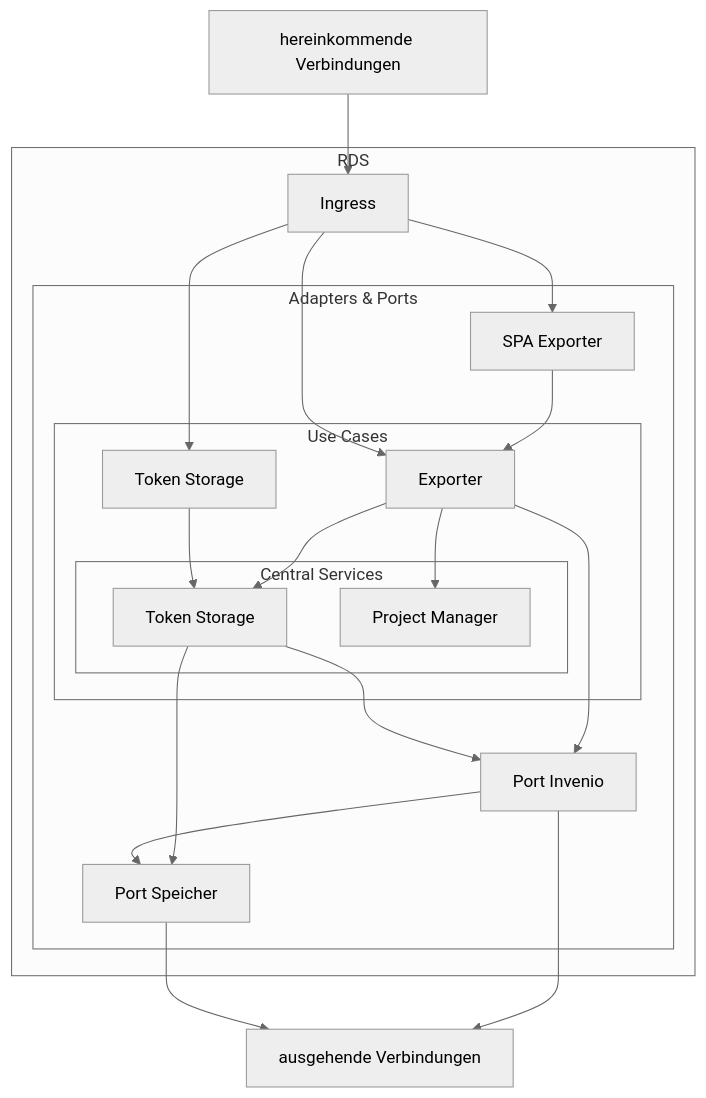
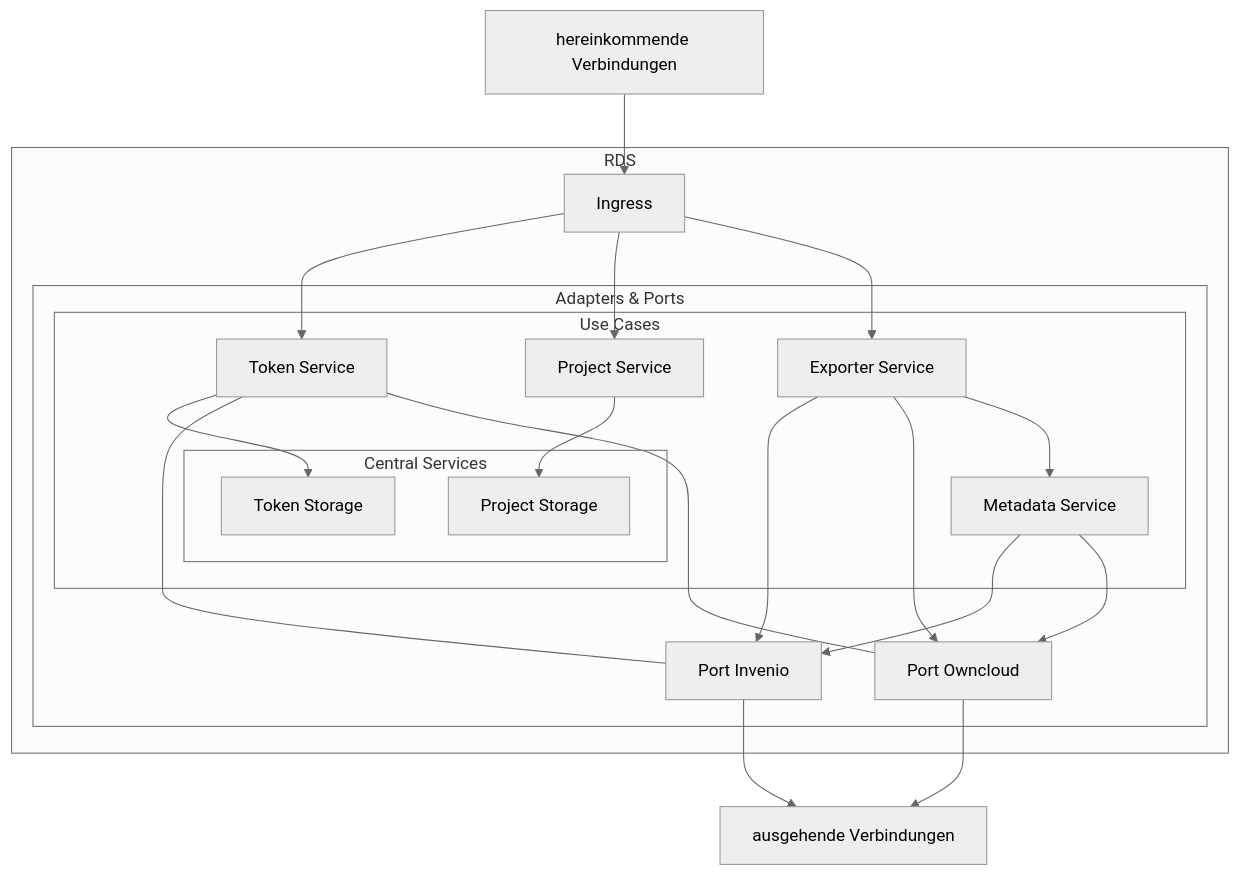
One commit to Sciebo-RDS/Sciebo-RDS changed the diagram in docs/content/doc/arc42/ecosystem.de.md. Above: the diagram before and after it, drawn with Mermaid (neutral theme). The commit also changed other lines of this file and 5 other files, not shown here.

Commit message:
updates mermaid and ecosystem

````diff
--- a/docs/content/doc/arc42/ecosystem.de.md
+++ b/docs/content/doc/arc42/ecosystem.de.md
@@ -15,62 +16,61 @@
 ```mermaid
 graph TD;
   %% define nodes
 
   WWWI[hereinkommende Verbindungen]
 
   subgraph RDS
     Ingress
 
     subgraph Adapters & Ports
-      SPAEx[SPA Exporter]
+      %% SPAEx[SPA Exporter]
       %% SPATS[SPA Token Storage]
 
       PInvenio[Port Invenio]
-      PStorage[Port Speicher]
+      POwncloud[Port Owncloud]
 
       subgraph Use Cases
-        UCEx[Exporter]
-        UCTS[Token Storage]
+        UCExporter[Exporter Service]
+        UCToken[Token Service]
+        UCMetadata[Metadata Service]
+        UCProject[Project Service]
 
         subgraph Central Services
-          CSTS[Token Storage]
-          CSPM[Project Manager]
+          CSToken[Token Storage]
+          CSProject[Project Storage]
         end
       end
     end
   end
 
-
-
   WWWO[ausgehende Verbindungen]
 
-  click SPAEx "/sciebo-rds/de/doc/impl/adapters/spa-exporter/"
-  click SPATS "/sciebo-rds/de/doc/impl/adapters/spa-token-storage"
-  click UCEx "/sciebo-rds/de/doc/impl/use-cases/exporter"
-  click CSTS "/sciebo-rds/de/doc/impl/central/token-storage"
-  click CSPM "/sciebo-rds/de/doc/impl/central/project-manager"
-  click PInvenio "/sciebo-rds/de/doc/impl/ports/port-invenio"
-  click PStorage "/sciebo-rds/de/doc/impl/ports/port-storage"
+  click SPAEx "/de/doc/impl/adapters/spa-exporter/"
+  click SPATS "/de/doc/impl/adapters/spa-token-storage"
+  click UCExporter "/de/doc/impl/use-cases/exporter"
+  click UCToken "/de/doc/impl/use-cases/token-service"
+  click CSToken "/de/doc/impl/central/token-storage"
+  click CSProject "/de/doc/impl/central/project-manager"
+  click PInvenio "/de/doc/impl/ports/port-invenio"
+  click POwncloud "/de/doc/impl/ports/port-storage"
 
   %% define connections
   WWWI --> Ingress
 
-  Ingress --> SPAEx --> UCEx
-  Ingress --> UCEx
-  %% Ingress --> SPATS --> CSTS
-  Ingress --> UCTS
+  %% Ingress --> SPAEx --> UCExporter
+  %% Ingress --> SPATS --> CSToken
+  Ingress --> UCToken & UCProject & UCExporter
 
-  UCEx --> CSTS
-  UCEx --> CSPM
-  UCEx --> PInvenio
+  %% UCExporter --> UCProject
+  UCExporter --> PInvenio & POwncloud & UCMetadata
+  UCProject --> CSProject
 
-  UCTS --> CSTS
-  
-  CSTS --> PInvenio
-  CSTS --> PStorage
+  UCToken --> CSToken
+  UCToken --- PInvenio & POwncloud
+  UCMetadata --> PInvenio & POwncloud
 
-  PInvenio --> PStorage
+  %% PInvenio --> POwncloud
 
   PInvenio --> WWWO
-  PStorage --> WWWO
+  POwncloud --> WWWO
 ```
````
